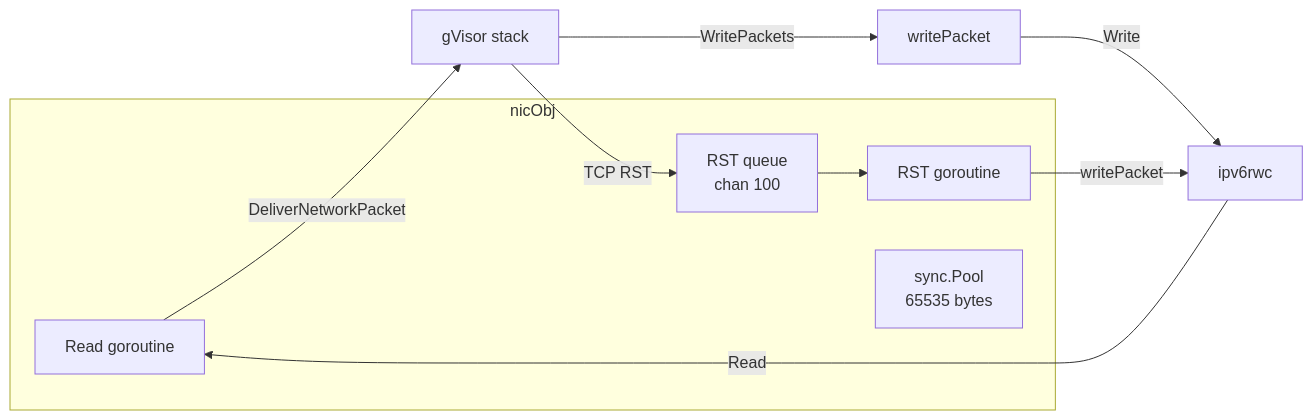
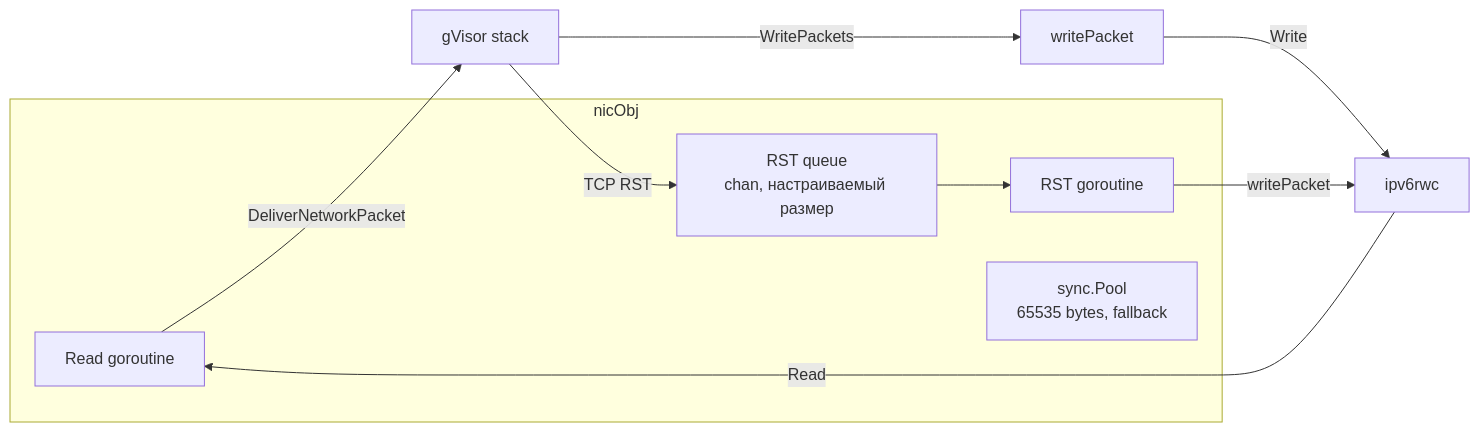
One commit to SUNsung/yggstack changed the third of 9 diagrams in temp-new/README.md. Above: the diagram before and after it, drawn with Mermaid. The commit also changed other lines of this file and 6 other files, not shown here.

````diff
--- a/temp-new/README.md
+++ b/temp-new/README.md
@@ -72,17 +72,17 @@
 ```mermaid
 graph LR
     subgraph nicObj
         ReadLoop[Read goroutine]
         RSTLoop[RST goroutine]
-        RSTQueue[RST queue<br/>chan 100]
-        WriteBufPool[sync.Pool<br/>65535 bytes]
+        RSTQueue[RST queue<br/>chan, настраиваемый размер]
+        WriteBufPool[sync.Pool<br/>65535 bytes, fallback]
     end
 
     YGG[ipv6rwc] -->|Read| ReadLoop
     ReadLoop -->|DeliverNetworkPacket| GV[gVisor stack]
     GV -->|WritePackets| WP[writePacket]
     WP -->|Write| YGG
     GV -->|TCP RST| RSTQueue
     RSTQueue --> RSTLoop
     RSTLoop -->|writePacket| YGG
 ```
````
